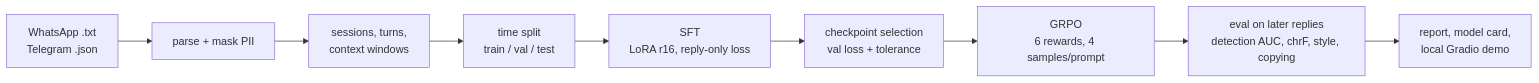
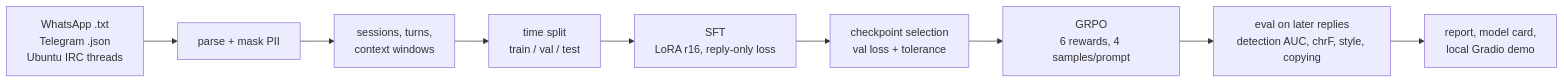
One commit to swapnil5053/EchoLM changed the diagram in README.md. Above: the diagram before and after it, drawn with Mermaid. The commit also changed other lines of this file and 2 other files, not shown here.

Commit message:
document the ubuntu irc benchmark and how thread rebuilding was validated

````diff
--- a/README.md
+++ b/README.md
@@ -9,11 +9,11 @@
 ```mermaid
 flowchart LR
-    A[WhatsApp .txt<br/>Telegram .json] --> B[parse + mask PII]
+    A[WhatsApp .txt<br/>Telegram .json<br/>Ubuntu IRC threads] --> B[parse + mask PII]
     B --> C[sessions, turns,<br/>context windows]
     C --> D[time split<br/>train / val / test]
     D --> E[SFT<br/>LoRA r16, reply-only loss]
     E --> F[checkpoint selection<br/>val loss + tolerance]
     F --> G[GRPO<br/>6 rewards, 4 samples/prompt]
     G --> H[eval on later replies<br/>detection AUC, chrF, style, copying]
     H --> I[report, model card,<br/>local Gradio demo]
 ```
````
